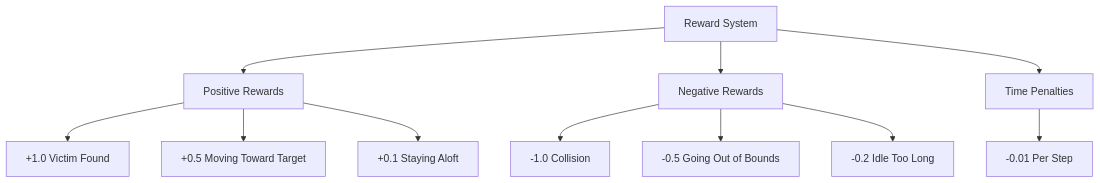
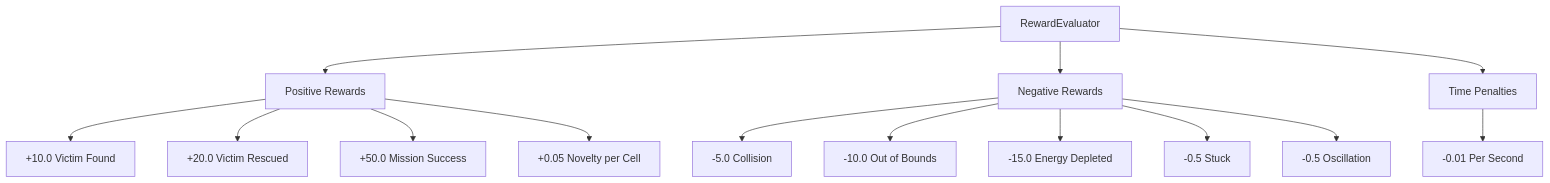
One commit to NihaalGharat/ADRL-Rescue changed the fourth of 7 diagrams in Documentation/18_DEVELOPER_HANDBOOK.md. Above: the diagram before and after it, drawn with Mermaid. The commit also changed other lines of this file and 51 other files, not shown here.

First line of the commit message:
feat(rewards): complete Phase 7.3 reward system and validation

````diff
--- a/Documentation/18_DEVELOPER_HANDBOOK.md
+++ b/Documentation/18_DEVELOPER_HANDBOOK.md
@@ -909,16 +909,19 @@
 ```mermaid
 graph TD
-    A[Reward System] --> B[Positive Rewards]
+    A[RewardEvaluator] --> B[Positive Rewards]
     A --> C[Negative Rewards]
     A --> D[Time Penalties]
     
-    B --> B1[+1.0 Victim Found]
-    B --> B2[+0.5 Moving Toward Target]
-    B --> B3[+0.1 Staying Aloft]
+    B --> B1[+10.0 Victim Found]
+    B --> B2[+20.0 Victim Rescued]
+    B --> B3[+50.0 Mission Success]
+    B --> B4[+0.05 Novelty per Cell]
     
-    C --> C1[-1.0 Collision]
-    C --> C2[-0.5 Going Out of Bounds]
-    C --> C3[-0.2 Idle Too Long]
+    C --> C1[-5.0 Collision]
+    C --> C2[-10.0 Out of Bounds]
+    C --> C3[-15.0 Energy Depleted]
+    C --> C4[-0.5 Stuck]
+    C --> C5[-0.5 Oscillation]
     
-    D --> D1[-0.01 Per Step]
+    D --> D1[-0.01 Per Second]
 ```
````
